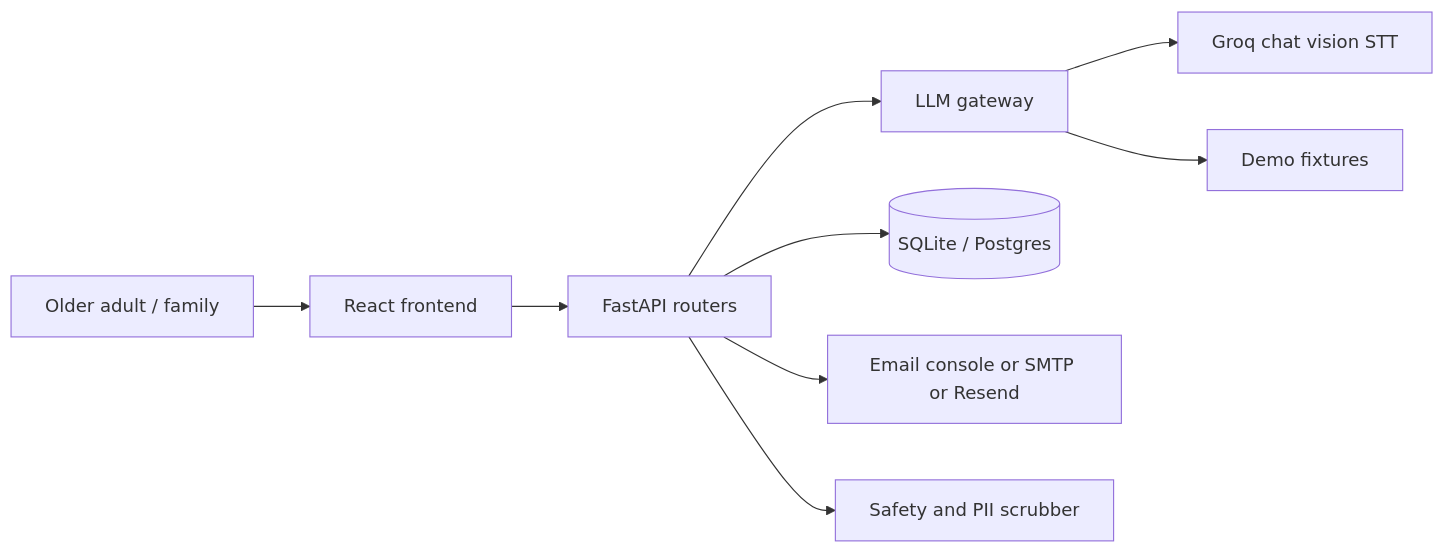
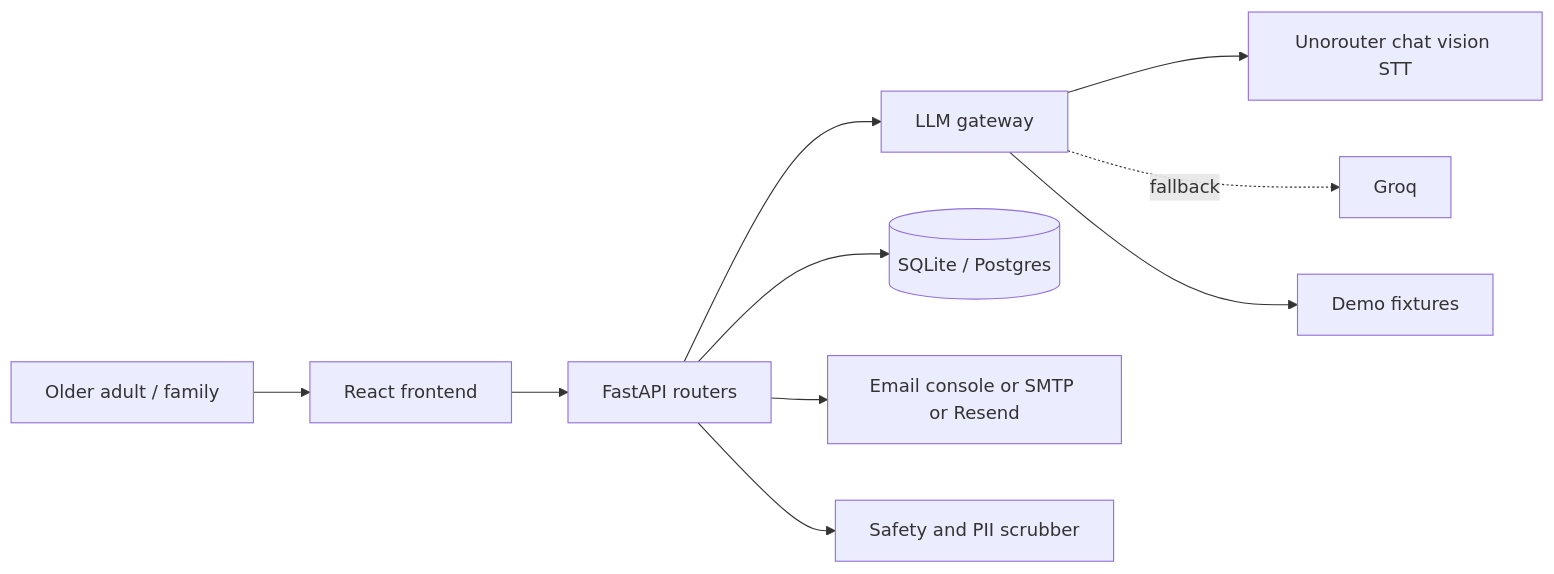
Before and after one commit to byte4day/second-look: the diagram in docs/ARCHITECTURE.md, drawn with Mermaid. The commit also changed other lines of this file and 146 other files, not shown here.

````diff
--- a/docs/ARCHITECTURE.md
+++ b/docs/ARCHITECTURE.md
@@ -5,11 +5,12 @@
 ```mermaid
 flowchart LR
   User[Older adult / family] --> FE[React frontend]
   FE --> API[FastAPI routers]
   API --> GW[LLM gateway]
   API --> DB[(SQLite / Postgres)]
   API --> Mail[Email console or SMTP or Resend]
-  GW --> Groq[Groq chat vision STT]
+  GW --> Uno[Unorouter chat vision STT]
+  GW -.fallback.-> Groq[Groq]
   GW --> Fixtures[Demo fixtures]
   API --> Safety[Safety and PII scrubber]
 ```
````
